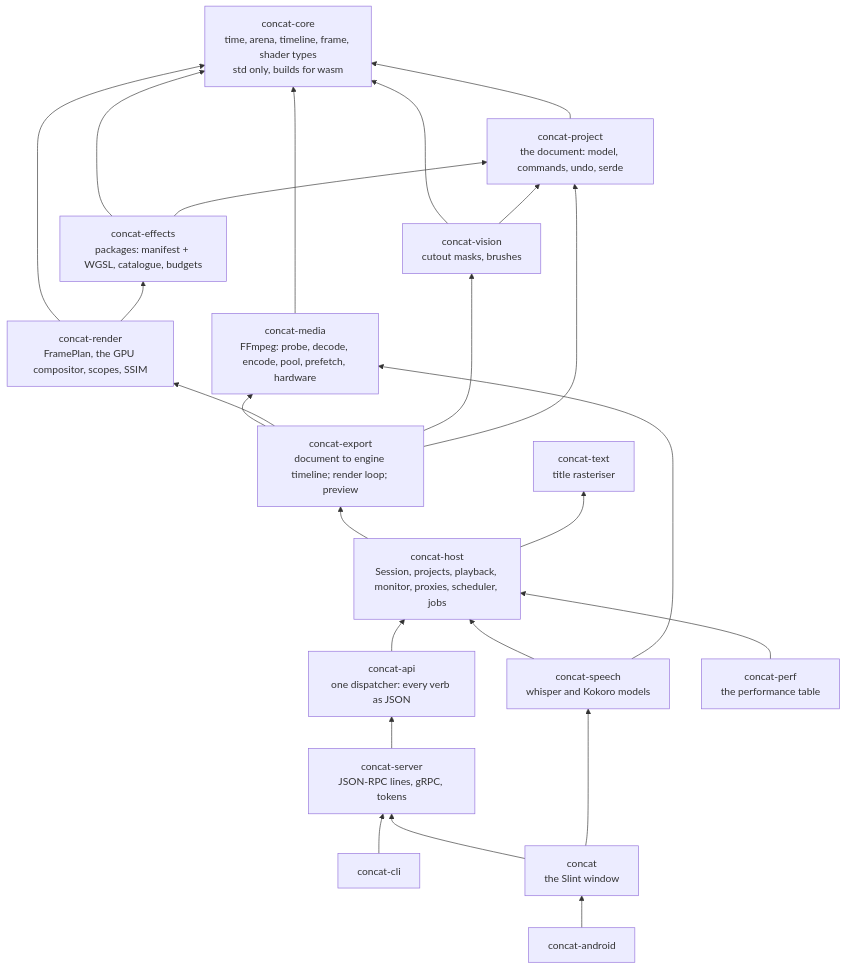
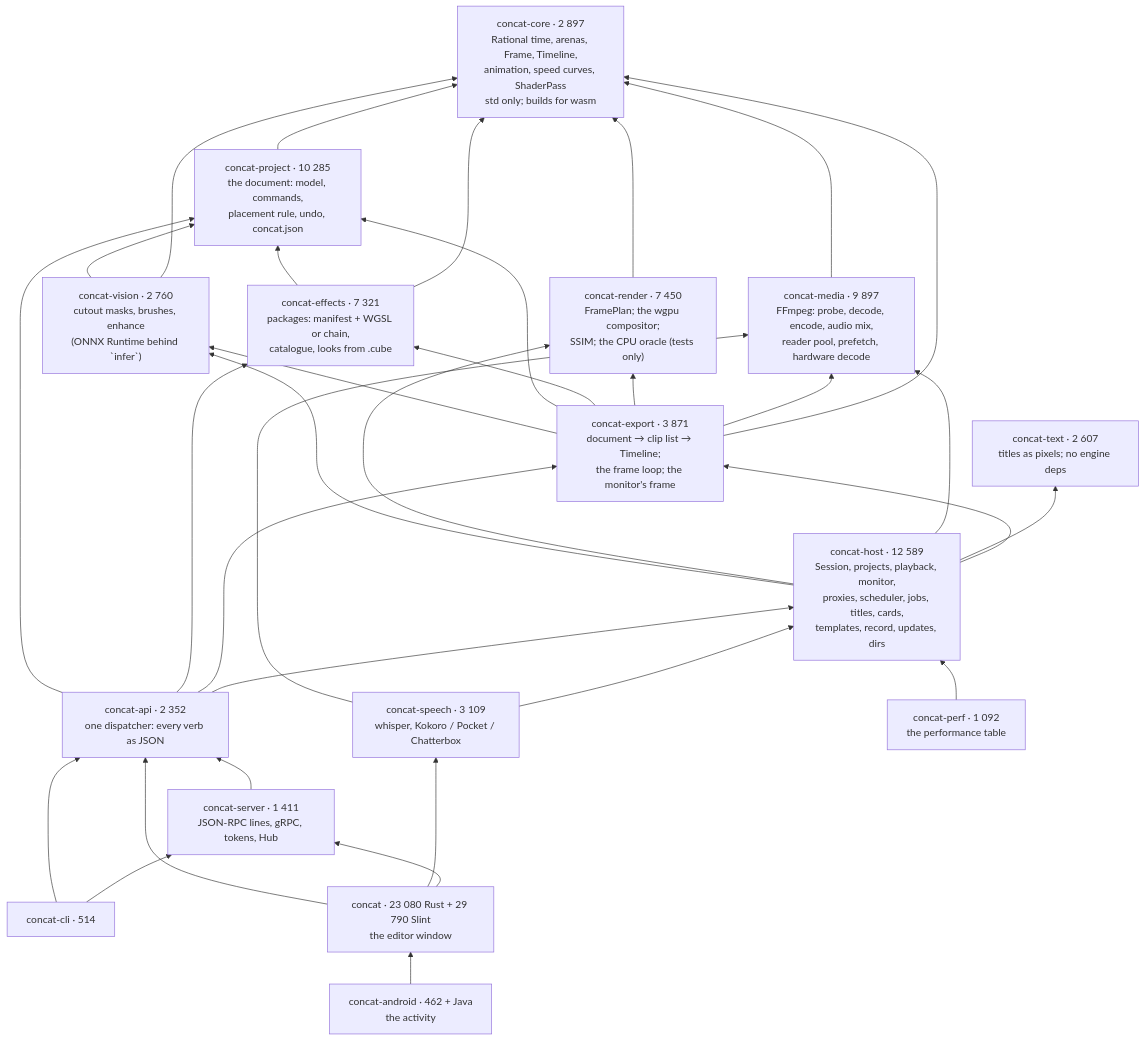
One commit to jub0t/Concat changed the first of 12 diagrams in ARCHITECTURE.md. Above: the diagram before and after it, drawn with Mermaid. The commit also changed other lines of this file, not shown here.

````diff
--- a/ARCHITECTURE.md
+++ b/ARCHITECTURE.md
@@ -18,43 +41,52 @@
 ```mermaid
 graph BT
-    core["concat-core<br/>time, arena, timeline, frame, shader types<br/>std only, builds for wasm"]
-    project["concat-project<br/>the document: model, commands, undo, serde"]
-    media["concat-media<br/>FFmpeg: probe, decode, encode, pool, prefetch, hardware"]
-    effects["concat-effects<br/>packages: manifest + WGSL, catalogue, budgets"]
-    render["concat-render<br/>FramePlan, the GPU compositor, scopes, SSIM"]
-    vision["concat-vision<br/>cutout masks, brushes"]
-    text["concat-text<br/>title rasteriser"]
-    export["concat-export<br/>document to engine timeline; render loop; preview"]
-    host["concat-host<br/>Session, projects, playback, monitor, proxies, scheduler, jobs"]
-    speech["concat-speech<br/>whisper and Kokoro models"]
-    api["concat-api<br/>one dispatcher: every verb as JSON"]
-    server["concat-server<br/>JSON-RPC lines, gRPC, tokens"]
-    cli["concat-cli"]
-    window["concat<br/>the Slint window"]
-    android["concat-android"]
-    perf["concat-perf<br/>the performance table"]
+    core["concat-core · 2 897<br/>Rational time, arenas, Frame, Timeline,<br/>animation, speed curves, ShaderPass<br/>std only; builds for wasm"]
+    project["concat-project · 10 285<br/>the document: model, commands,<br/>placement rule, undo, concat.json"]
+    media["concat-media · 9 897<br/>FFmpeg: probe, decode, encode, audio mix,<br/>reader pool, prefetch, hardware decode"]
+    render["concat-render · 7 450<br/>FramePlan; the wgpu compositor;<br/>SSIM; the CPU oracle (tests only)"]
+    effects["concat-effects · 7 321<br/>packages: manifest + WGSL or chain,<br/>catalogue, looks from .cube"]
+    vision["concat-vision · 2 760<br/>cutout masks, brushes, enhance<br/>(ONNX Runtime behind `infer`)"]
+    text["concat-text · 2 607<br/>titles as pixels; no engine deps"]
+    export["concat-export · 3 871<br/>document → clip list → Timeline;<br/>the frame loop; the monitor's frame"]
+    host["concat-host · 12 589<br/>Session, projects, playback, monitor,<br/>proxies, scheduler, jobs, titles, cards,<br/>templates, record, updates, dirs"]
+    speech["concat-speech · 3 109<br/>whisper, Kokoro / Pocket / Chatterbox"]
+    api["concat-api · 2 352<br/>one dispatcher: every verb as JSON"]
+    server["concat-server · 1 411<br/>JSON-RPC lines, gRPC, tokens, Hub"]
+    cli["concat-cli · 514"]
+    window["concat · 23 080 Rust + 29 790 Slint<br/>the editor window"]
+    android["concat-android · 462 + Java<br/>the activity"]
+    perf["concat-perf · 1 092<br/>the performance table"]
 
     project --> core
     media --> core
+    render --> core
     effects --> core
     effects --> project
-    render --> core
-    render --> effects
     vision --> core
     vision --> project
+    export --> core
     export --> media
     export --> render
+    export --> effects
+    export --> project
     export --> vision
-    export --> project
     host --> export
     host --> text
+    host --> media
+    host --> render
+    host --> vision
     speech --> host
     speech --> media
     api --> host
+    api --> export
+    api --> effects
+    api --> project
     server --> api
     cli --> server
+    cli --> api
     window --> server
     window --> speech
+    window --> api
     android --> window
     perf --> host
 ```
````
